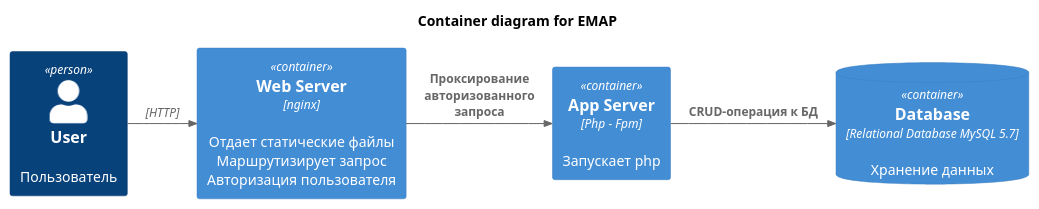
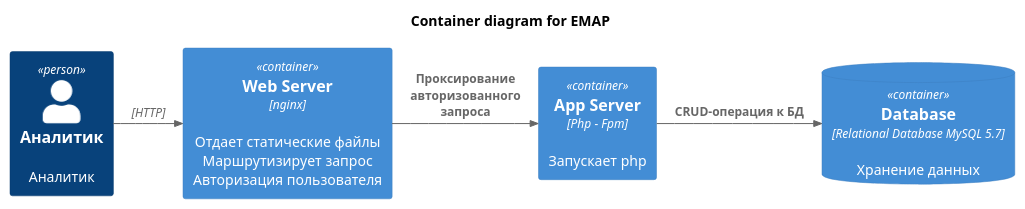
One commit to ivan-uskov/emap changed the diagram in docs/diagram(PlantUML).pu. Above: the diagram before and after it, drawn with PlantUML. The commit also changed 4 other files, not shown here.

```diff
--- a/docs/diagram(PlantUML).pu
+++ b/docs/diagram(PlantUML).pu
@@ -1,17 +1,17 @@
 @startuml
 !includeurl https://raw.githubusercontent.com/RicardoNiepel/C4-PlantUML/master/C4_Container.puml
 
 
 title Container diagram for EMAP
 
-Person(user, User, "Пользователь")
+Person(user, Аналитик, "Аналитик")
 
 Container(web_server, "Web Server", "nginx", "Отдает статические файлы Маршрутизирует запрос Авторизация пользователя")
 Container(app_server, "App Server", "Php - Fpm", "Запускает php")
 ContainerDb(database, "Database", "Relational Database MySQL 5.7", "Хранение данных")
 
 Rel_Neighbor(user, web_server, " ", "HTTP")
 Rel_Neighbor(web_server, app_server, "Проксирование авторизованного запроса")
 Rel_Neighbor(app_server, database, "CRUD-операция к БД")
 
 @enduml
```
